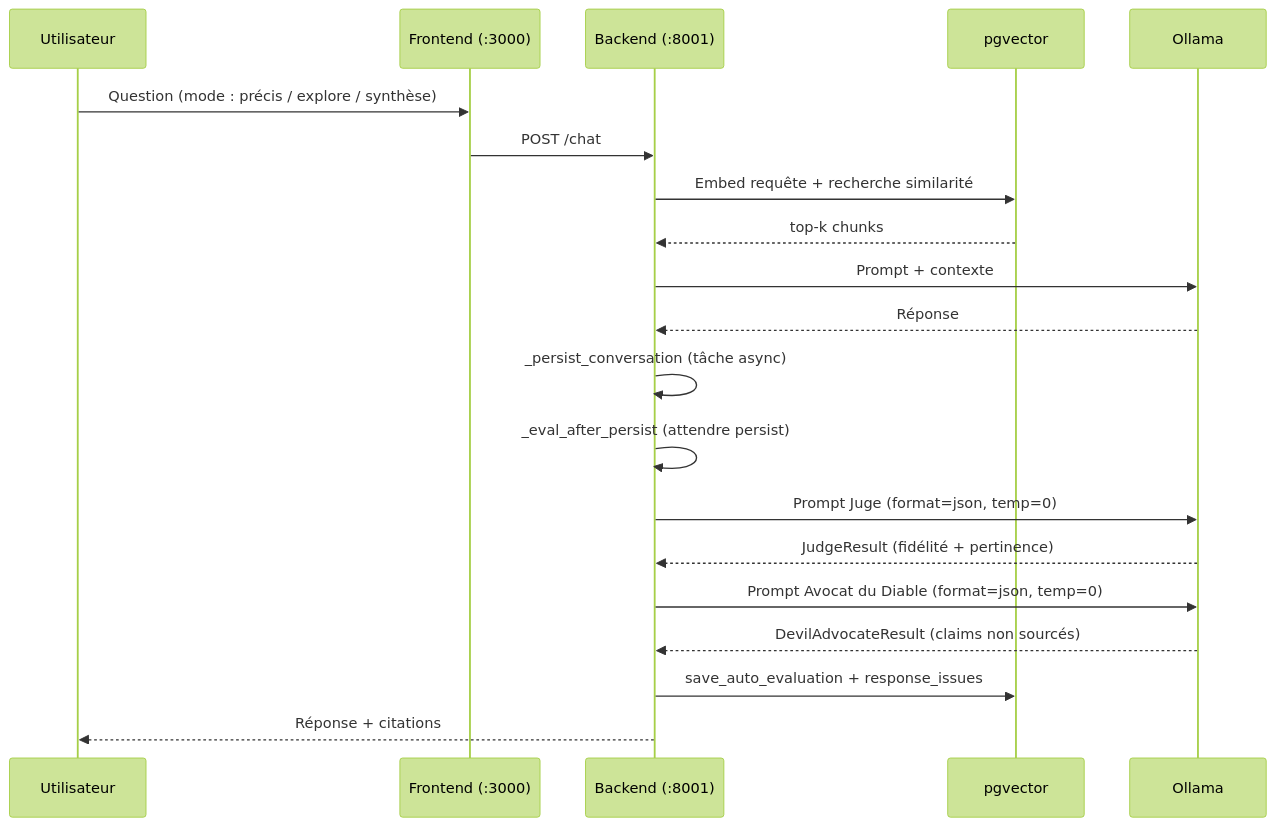
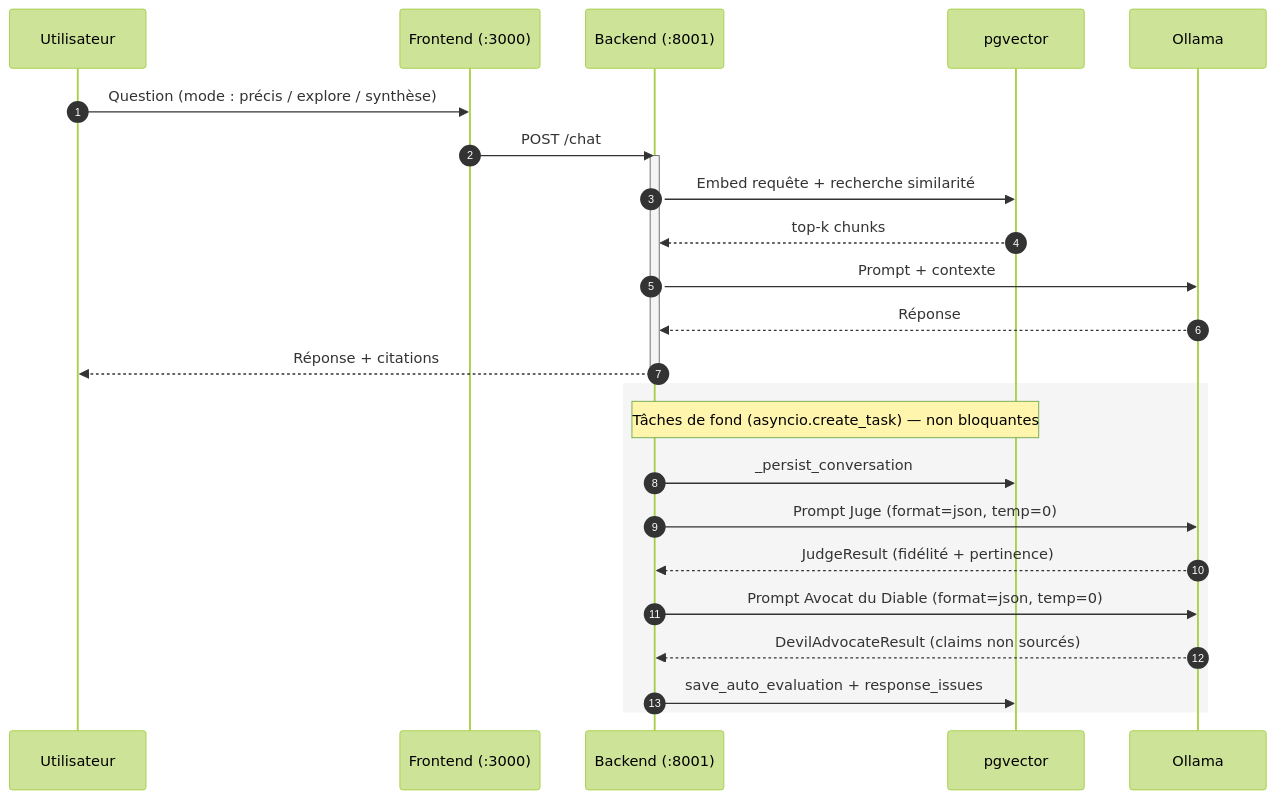
Before and after one commit to chelmooz/RAG-Harvard-IT-teacher: the second of 3 diagrams in README.fr.md, drawn with Mermaid (forest theme). The commit also changed other lines of this file and 1 other file, not shown here.

Commit message:
docs: update Mermaid diagrams — aligned with v6 stack (ports, Ollama Vulkan, auto-eval seq, Modèle 3)

````diff
--- a/README.fr.md
+++ b/README.fr.md
@@ -86,22 +96,29 @@
 ```mermaid
 sequenceDiagram
+    autonumber
     participant U as Utilisateur
     participant FE as Frontend (:3000)
     participant BE as Backend (:8001)
     participant PG as pgvector
     participant OL as Ollama
+
     U->>FE: Question (mode : précis / explore / synthèse)
     FE->>BE: POST /chat
+    activate BE
     BE->>PG: Embed requête + recherche similarité
     PG-->>BE: top-k chunks
     BE->>OL: Prompt + contexte
     OL-->>BE: Réponse
-    BE->>BE: _persist_conversation (tâche async)
-    BE->>BE: _eval_after_persist (attendre persist)
-    BE->>OL: Prompt Juge (format=json, temp=0)
-    OL-->>BE: JudgeResult (fidélité + pertinence)
-    BE->>OL: Prompt Avocat du Diable (format=json, temp=0)
-    OL-->>BE: DevilAdvocateResult (claims non sourcés)
-    BE->>PG: save_auto_evaluation + response_issues
     BE-->>U: Réponse + citations
+    deactivate BE
+
+    rect rgb(245, 245, 245)
+        note over BE,PG: Tâches de fond (asyncio.create_task) — non bloquantes
+        BE->>PG: _persist_conversation
+        BE->>OL: Prompt Juge (format=json, temp=0)
+        OL-->>BE: JudgeResult (fidélité + pertinence)
+        BE->>OL: Prompt Avocat du Diable (format=json, temp=0)
+        OL-->>BE: DevilAdvocateResult (claims non sourcés)
+        BE->>PG: save_auto_evaluation + response_issues
+    end
 ```
````
